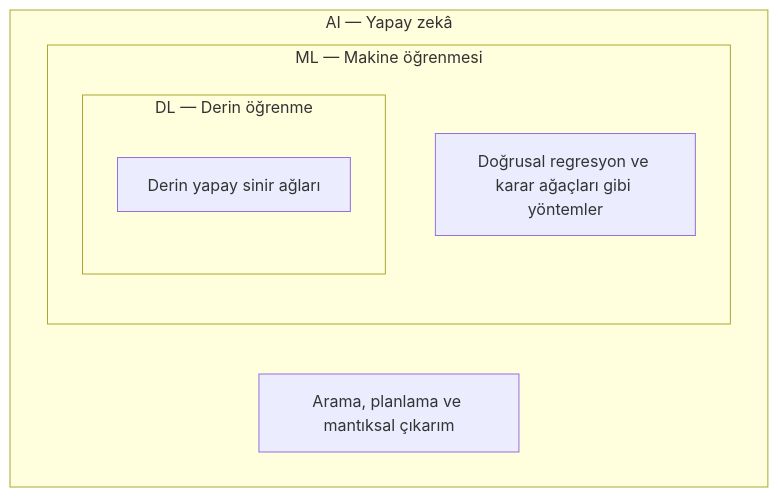
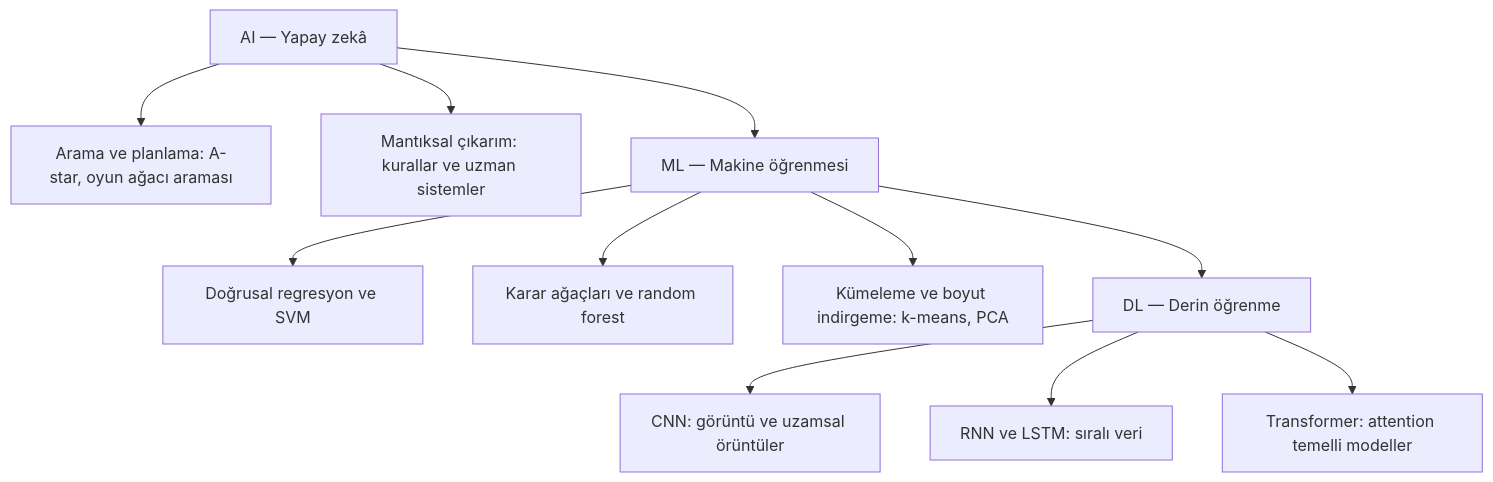
One commit to emircansurucu/ai-learning-journey changed the diagram in 01-temeller/02-ai-ml-dl-haritasi.md. Above: the diagram before and after it, drawn with Mermaid. The commit also changed other lines of this file, not shown here.

Commit message:
docs: expand AI ML DL diagram with method families and explanations

````diff
--- a/01-temeller/02-ai-ml-dl-haritasi.md
+++ b/01-temeller/02-ai-ml-dl-haritasi.md
@@ -36,12 +36,16 @@
 ```mermaid
 flowchart TD
-    subgraph AI["AI — Yapay zekâ"]
-        P["Arama, planlama ve mantıksal çıkarım"]
-        subgraph ML["ML — Makine öğrenmesi"]
-            M["Doğrusal regresyon ve karar ağaçları gibi yöntemler"]
-            subgraph DL["DL — Derin öğrenme"]
-                N["Derin yapay sinir ağları"]
-            end
-        end
-    end
+    AI["AI — Yapay zekâ"]
+    AI --> S["Arama ve planlama: A-star, oyun ağacı araması"]
+    AI --> L["Mantıksal çıkarım: kurallar ve uzman sistemler"]
+    AI --> ML["ML — Makine öğrenmesi"]
+
+    ML --> C1["Doğrusal regresyon ve SVM"]
+    ML --> C2["Karar ağaçları ve random forest"]
+    ML --> C3["Kümeleme ve boyut indirgeme: k-means, PCA"]
+    ML --> DL["DL — Derin öğrenme"]
+
+    DL --> N1["CNN: görüntü ve uzamsal örüntüler"]
+    DL --> N2["RNN ve LSTM: sıralı veri"]
+    DL --> N3["Transformer: attention temelli modeller"]
 ```
````
